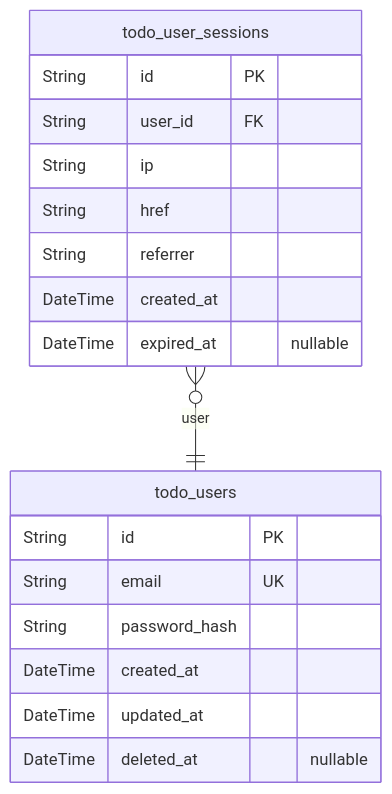
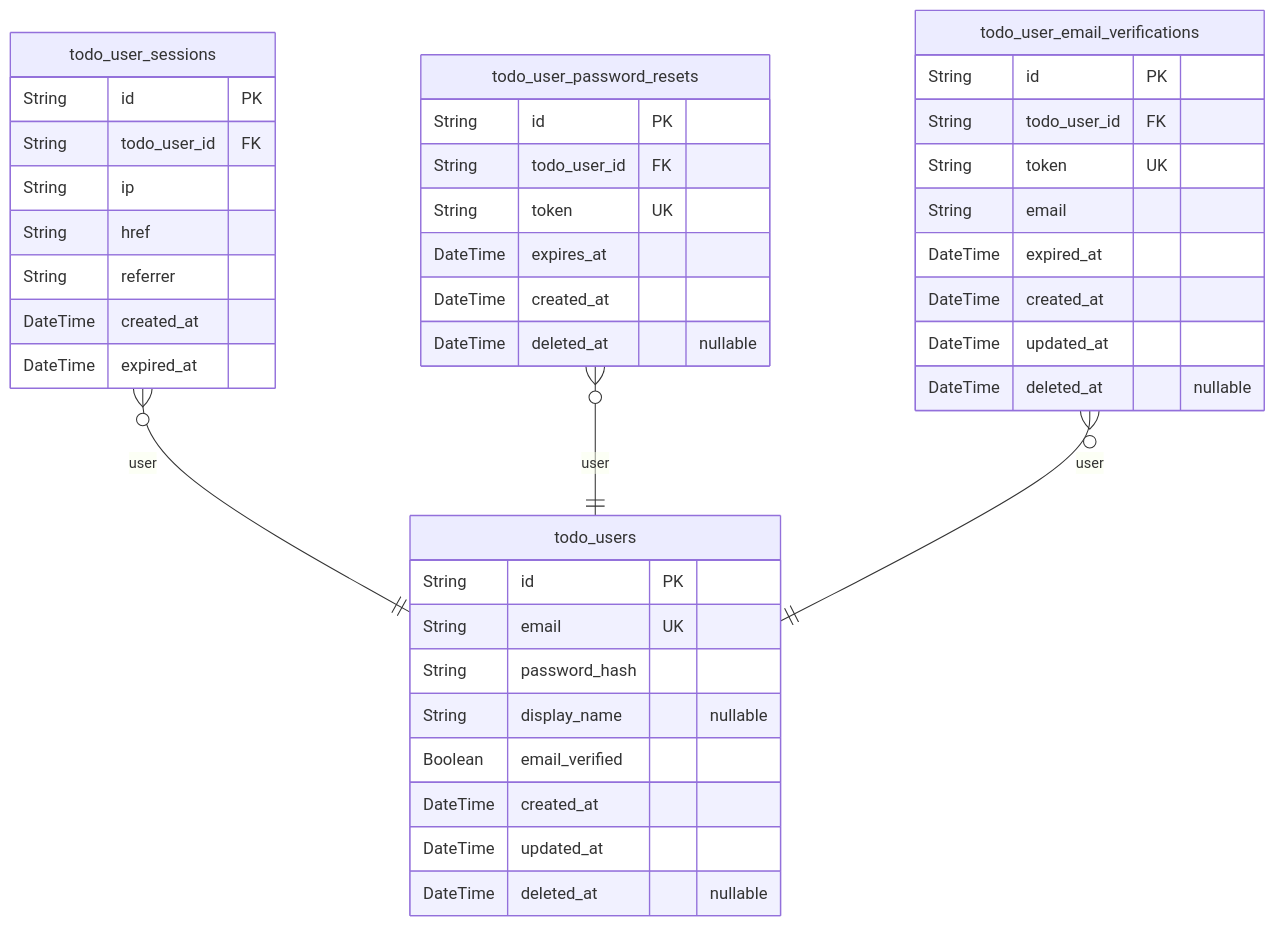
One commit to wrtnlabs/autobe-examples changed the first of 2 diagrams in qwen/qwen3-30b-a3b-thinking-2507/todo/docs/ERD.md. Above: the diagram before and after it, drawn with Mermaid. The commit also changed other lines of this file and 9391 other files, not shown here.

````diff
--- a/qwen/qwen3-30b-a3b-thinking-2507/todo/docs/ERD.md
+++ b/qwen/qwen3-30b-a3b-thinking-2507/todo/docs/ERD.md
@@ -58,21 +10,43 @@
 ```mermaid
 erDiagram
 "todo_users" {
   String id PK
   String email UK
   String password_hash
+  String display_name "nullable"
+  Boolean email_verified
   DateTime created_at
   DateTime updated_at
   DateTime deleted_at "nullable"
 }
 "todo_user_sessions" {
   String id PK
-  String user_id FK
+  String todo_user_id FK
   String ip
   String href
   String referrer
   DateTime created_at
-  DateTime expired_at "nullable"
+  DateTime expired_at
+}
+"todo_user_password_resets" {
+  String id PK
+  String todo_user_id FK
+  String token UK
+  DateTime expires_at
+  DateTime created_at
+  DateTime deleted_at "nullable"
+}
+"todo_user_email_verifications" {
+  String id PK
+  String todo_user_id FK
+  String token UK
+  String email
+  DateTime expired_at
+  DateTime created_at
+  DateTime updated_at
+  DateTime deleted_at "nullable"
 }
 "todo_user_sessions" }o--|| "todo_users" : user
+"todo_user_password_resets" }o--|| "todo_users" : user
+"todo_user_email_verifications" }o--|| "todo_users" : user
 ```
````
